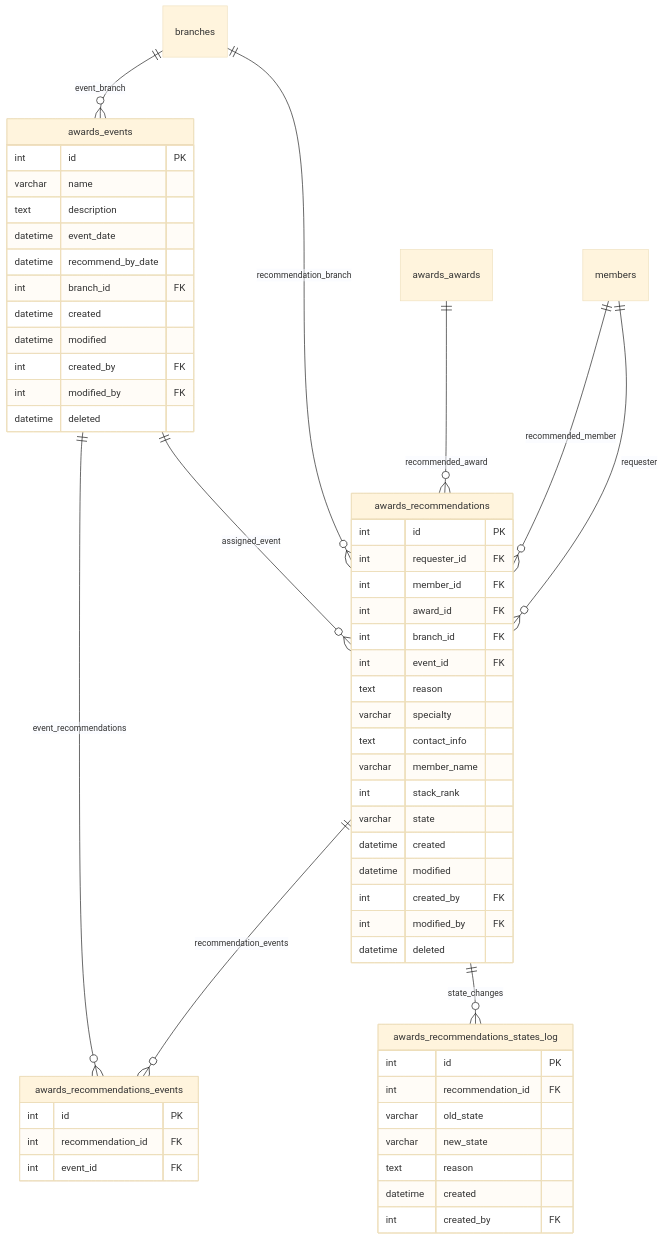
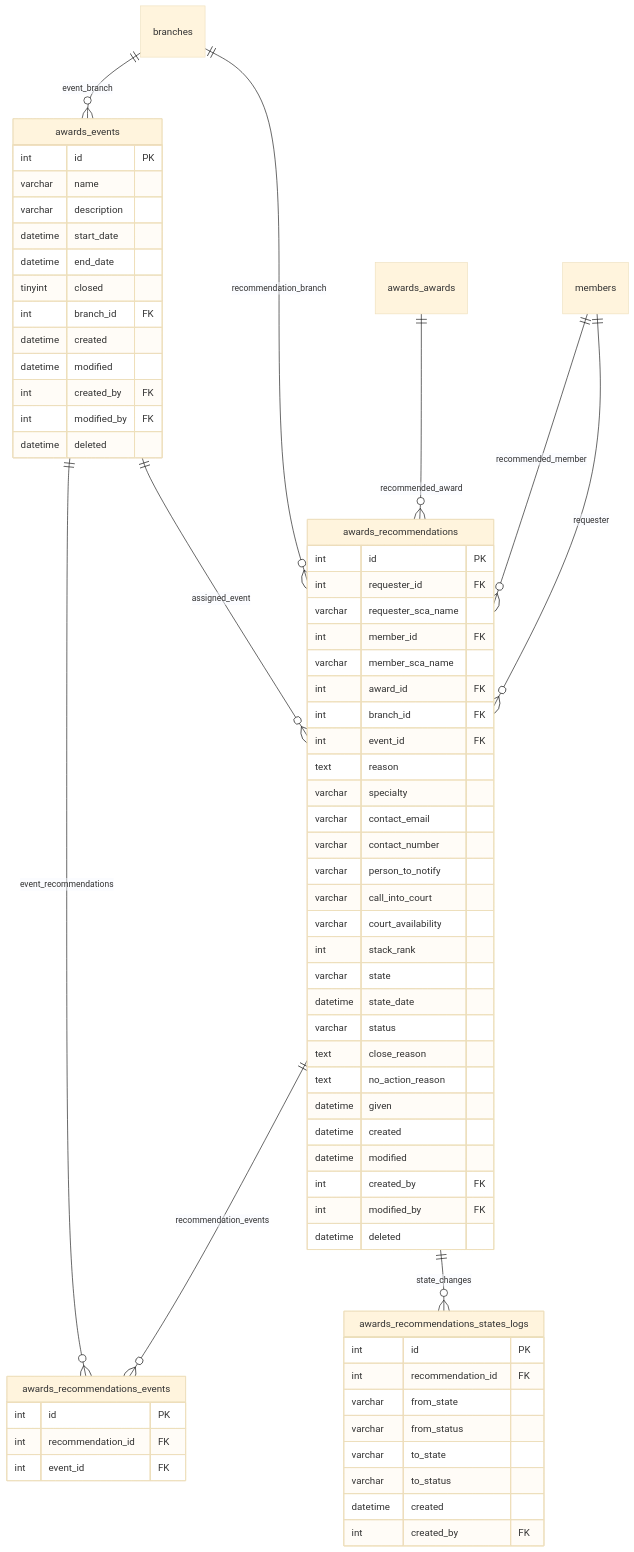
The seventh of 13 diagrams in docs/3.5-er-diagrams.md (Ansteorra/KMP), drawn with Mermaid (base theme) before and after one commit. The commit also changed other lines of this file and 3 other files, not shown here.

Commit message:
Remove database schema documentation and update index for improved organization and clarity

````diff
--- a/docs/3.5-er-diagrams.md
+++ b/docs/3.5-er-diagrams.md
@@ -347,62 +683,74 @@
 ```mermaid
 erDiagram
     awards_events {
         int id PK
         varchar name
-        text description
-        datetime event_date
-        datetime recommend_by_date
+        varchar description
+        datetime start_date
+        datetime end_date
+        tinyint closed
         int branch_id FK
         datetime created
         datetime modified
         int created_by FK
         int modified_by FK
         datetime deleted
     }
     
     awards_recommendations {
         int id PK
         int requester_id FK
+        varchar requester_sca_name
         int member_id FK
+        varchar member_sca_name
         int award_id FK
         int branch_id FK
         int event_id FK
         text reason
         varchar specialty
-        text contact_info
-        varchar member_name
+        varchar contact_email
+        varchar contact_number
+        varchar person_to_notify
+        varchar call_into_court
+        varchar court_availability
         int stack_rank
         varchar state
+        datetime state_date
+        varchar status
+        text close_reason
+        text no_action_reason
+        datetime given
         datetime created
         datetime modified
         int created_by FK
         int modified_by FK
         datetime deleted
     }
     
     awards_recommendations_events {
         int id PK
         int recommendation_id FK
         int event_id FK
     }
     
-    awards_recommendations_states_log {
+    awards_recommendations_states_logs {
         int id PK
         int recommendation_id FK
-        varchar old_state
-        varchar new_state
-        text reason
+        varchar from_state
+        varchar from_status
+        varchar to_state
+        varchar to_status
         datetime created
         int created_by FK
     }
     
     branches ||--o{ awards_events : "event_branch"
     members ||--o{ awards_recommendations : "requester"
     members ||--o{ awards_recommendations : "recommended_member"
     awards_awards ||--o{ awards_recommendations : "recommended_award"
     branches ||--o{ awards_recommendations : "recommendation_branch"
     awards_events ||--o{ awards_recommendations : "assigned_event"
     awards_recommendations ||--o{ awards_recommendations_events : "recommendation_events"
     awards_events ||--o{ awards_recommendations_events : "event_recommendations"
-    awards_recommendations ||--o{ awards_recommendations_states_log : "state_changes"
+    awards_recommendations ||--o{ awards_recommendations_states_logs : "state_changes"
 ```
````
